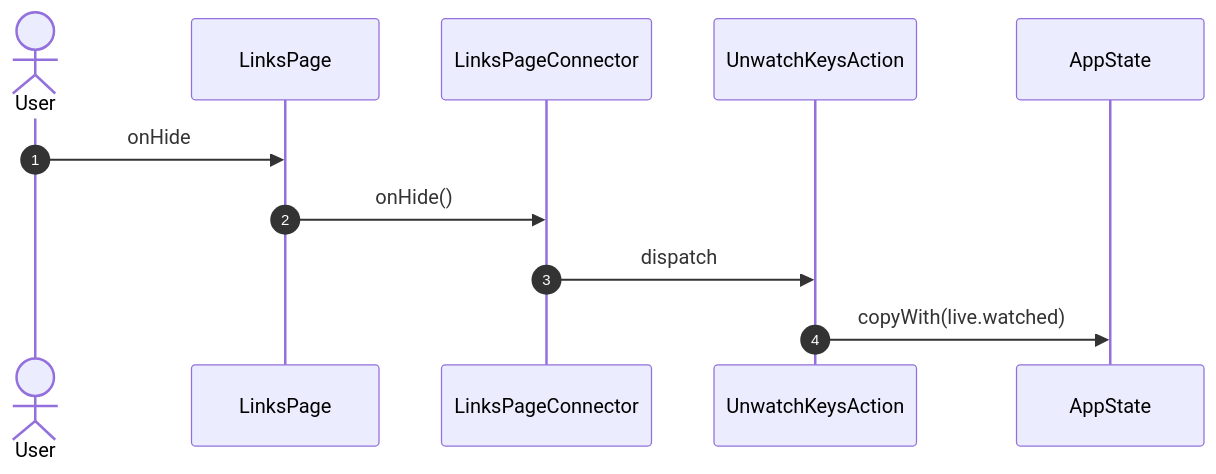
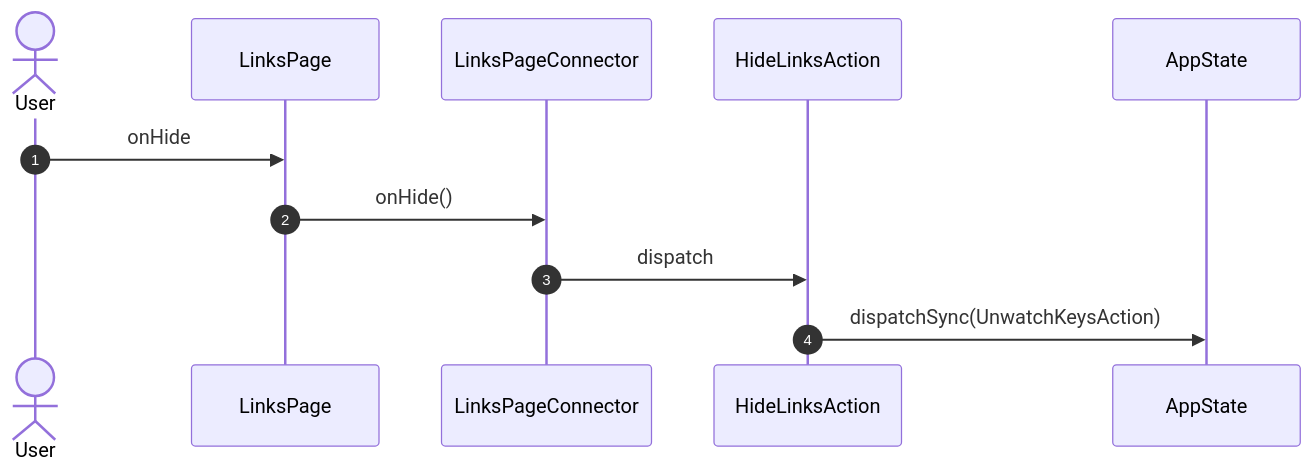
One commit to gencto/wyrm changed the third of 21 diagrams in studio/docs/flows/links.md. Above: the diagram before and after it, drawn with Mermaid. The commit also changed other lines of this file and 65 other files, not shown here.

````diff
--- a/studio/docs/flows/links.md
+++ b/studio/docs/flows/links.md
@@ -91,14 +46,14 @@
 ```mermaid
 sequenceDiagram
     autonumber
     actor User
     participant UI as LinksPage
     participant VM as LinksPageConnector
-    participant A1 as UnwatchKeysAction
+    participant A1 as HideLinksAction
     participant ST as AppState
 
     User->>UI: onHide
     UI->>VM: onHide()
     VM->>A1: dispatch
-    A1->>ST: copyWith(live.watched)
+    A1->>ST: dispatchSync(UnwatchKeysAction)
 ```
````
